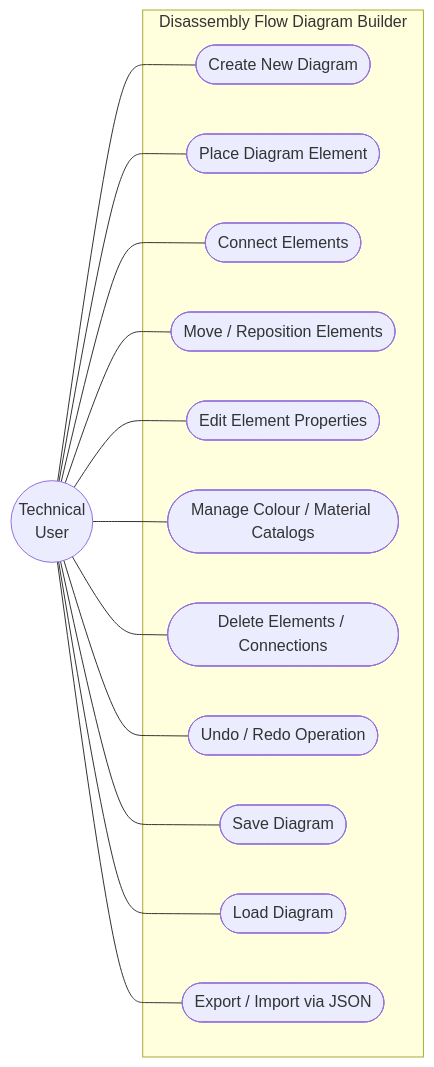
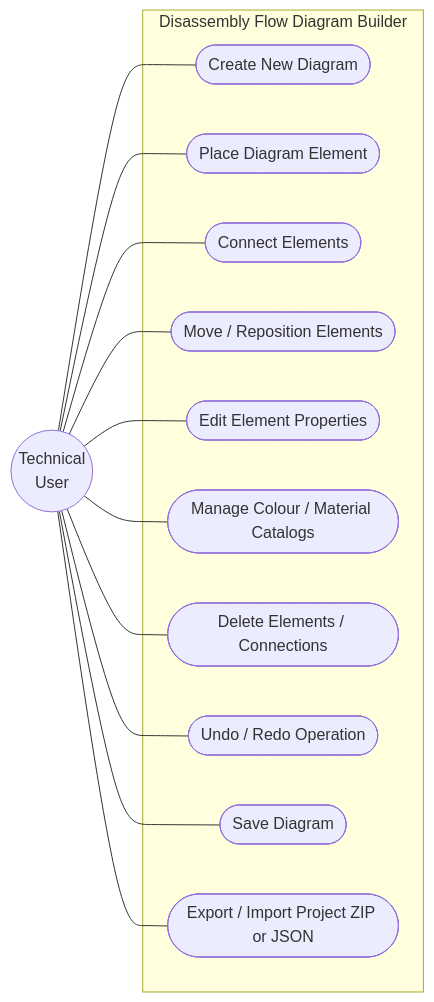
One commit to EmanuelaIbra/futurdata-thesis-emanuela changed the diagram in futurdata-thesis/docs/drs/imgs/usecase.mmd. Above: the diagram before and after it, drawn with Mermaid. The commit also changed 39 other files, not shown here.

```diff
--- a/futurdata-thesis/docs/drs/imgs/usecase.mmd
+++ b/futurdata-thesis/docs/drs/imgs/usecase.mmd
@@ -1,27 +1,25 @@
 flowchart LR
     user(("Technical
     User"))
     subgraph System["Disassembly Flow Diagram Builder"]
         u1(["Create New Diagram"])
         u2(["Place Diagram Element"])
         u3(["Connect Elements"])
         u4(["Move / Reposition Elements"])
         u5(["Edit Element Properties"])
         u6(["Manage Colour / Material Catalogs"])
         u7(["Delete Elements / Connections"])
         u8(["Undo / Redo Operation"])
         u9(["Save Diagram"])
-        u10(["Load Diagram"])
-        u11(["Export / Import via JSON"])
+        u11(["Export / Import Project ZIP or JSON"])
     end
     user --- u1
     user --- u2
     user --- u3
     user --- u4
     user --- u5
     user --- u6
     user --- u7
     user --- u8
     user --- u9
-    user --- u10
     user --- u11
```
